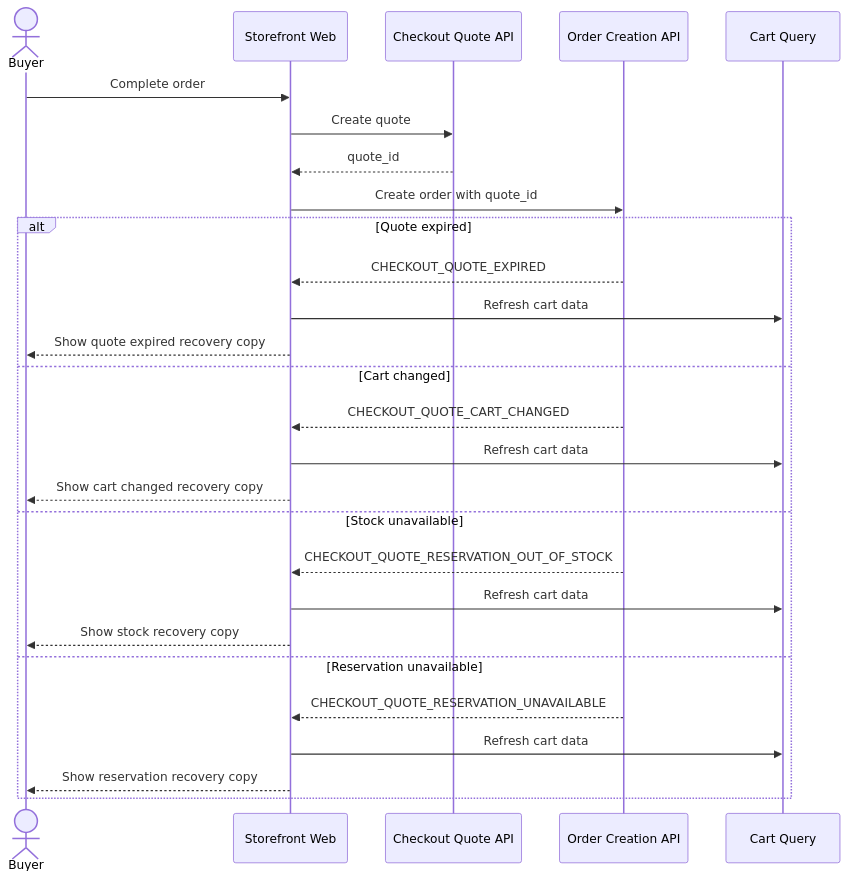
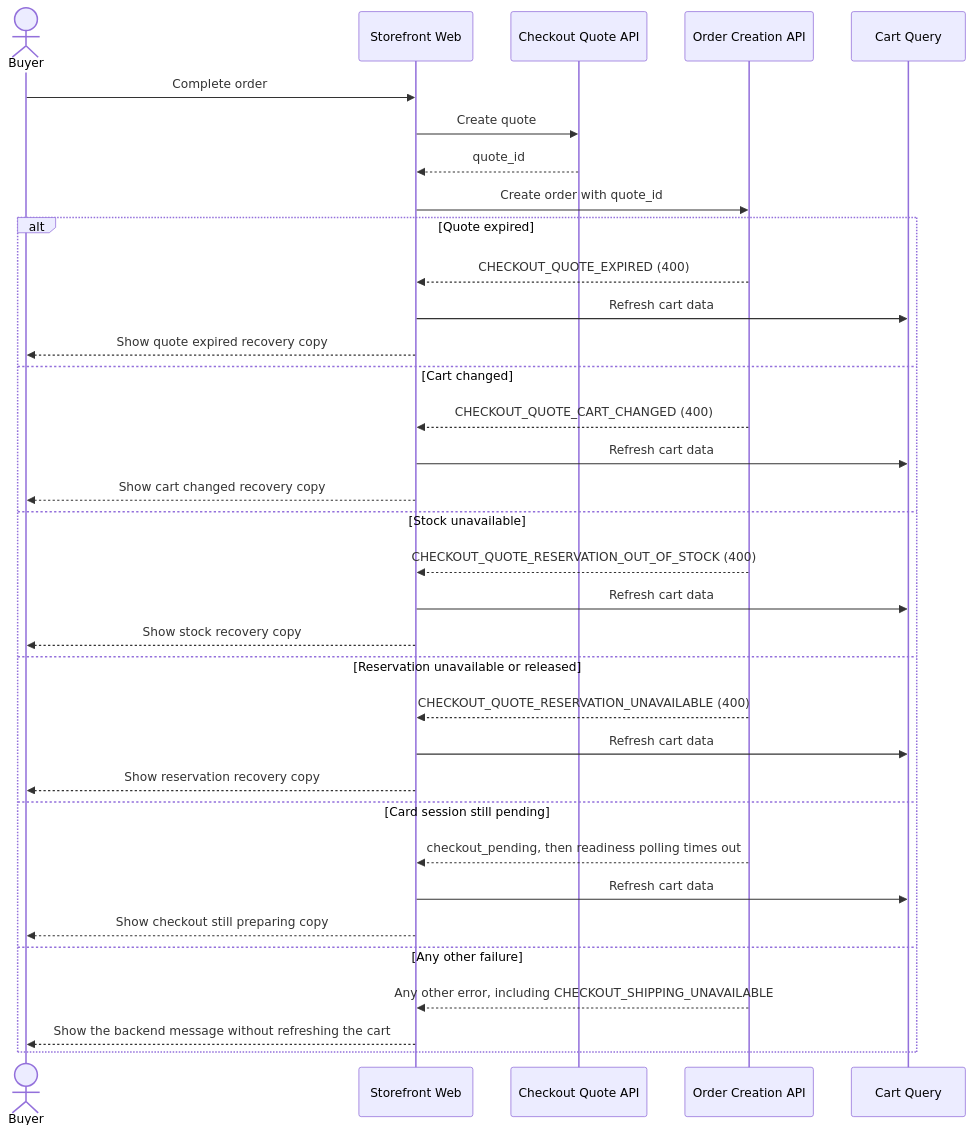
Before and after one commit to dauphaihau-arc/arc: the diagram in docs/features/checkout/flows/recoverable-failure.md, drawn with Mermaid. The commit also changed other lines of this file and 19 other files, not shown here.

Commit message:
docs(checkout): align checkout flows with implemented API contracts

````diff
--- a/docs/features/checkout/flows/recoverable-failure.md
+++ b/docs/features/checkout/flows/recoverable-failure.md
@@ -5,30 +5,37 @@
 ```mermaid
 sequenceDiagram
     actor Buyer
     participant Web as Storefront Web
     participant Quote as Checkout Quote API
     participant Order as Order Creation API
     participant Cart as Cart Query
 
     Buyer->>Web: Complete order
     Web->>Quote: Create quote
     Quote-->>Web: quote_id
     Web->>Order: Create order with quote_id
     alt Quote expired
-        Order-->>Web: CHECKOUT_QUOTE_EXPIRED
+        Order-->>Web: CHECKOUT_QUOTE_EXPIRED (400)
         Web->>Cart: Refresh cart data
         Web-->>Buyer: Show quote expired recovery copy
     else Cart changed
-        Order-->>Web: CHECKOUT_QUOTE_CART_CHANGED
+        Order-->>Web: CHECKOUT_QUOTE_CART_CHANGED (400)
         Web->>Cart: Refresh cart data
         Web-->>Buyer: Show cart changed recovery copy
     else Stock unavailable
-        Order-->>Web: CHECKOUT_QUOTE_RESERVATION_OUT_OF_STOCK
+        Order-->>Web: CHECKOUT_QUOTE_RESERVATION_OUT_OF_STOCK (400)
         Web->>Cart: Refresh cart data
         Web-->>Buyer: Show stock recovery copy
-    else Reservation unavailable
-        Order-->>Web: CHECKOUT_QUOTE_RESERVATION_UNAVAILABLE
+    else Reservation unavailable or released
+        Order-->>Web: CHECKOUT_QUOTE_RESERVATION_UNAVAILABLE (400)
         Web->>Cart: Refresh cart data
         Web-->>Buyer: Show reservation recovery copy
+    else Card session still pending
+        Order-->>Web: checkout_pending, then readiness polling times out
+        Web->>Cart: Refresh cart data
+        Web-->>Buyer: Show checkout still preparing copy
+    else Any other failure
+        Order-->>Web: Any other error, including CHECKOUT_SHIPPING_UNAVAILABLE
+        Web-->>Buyer: Show the backend message without refreshing the cart
     end
 ```
````
